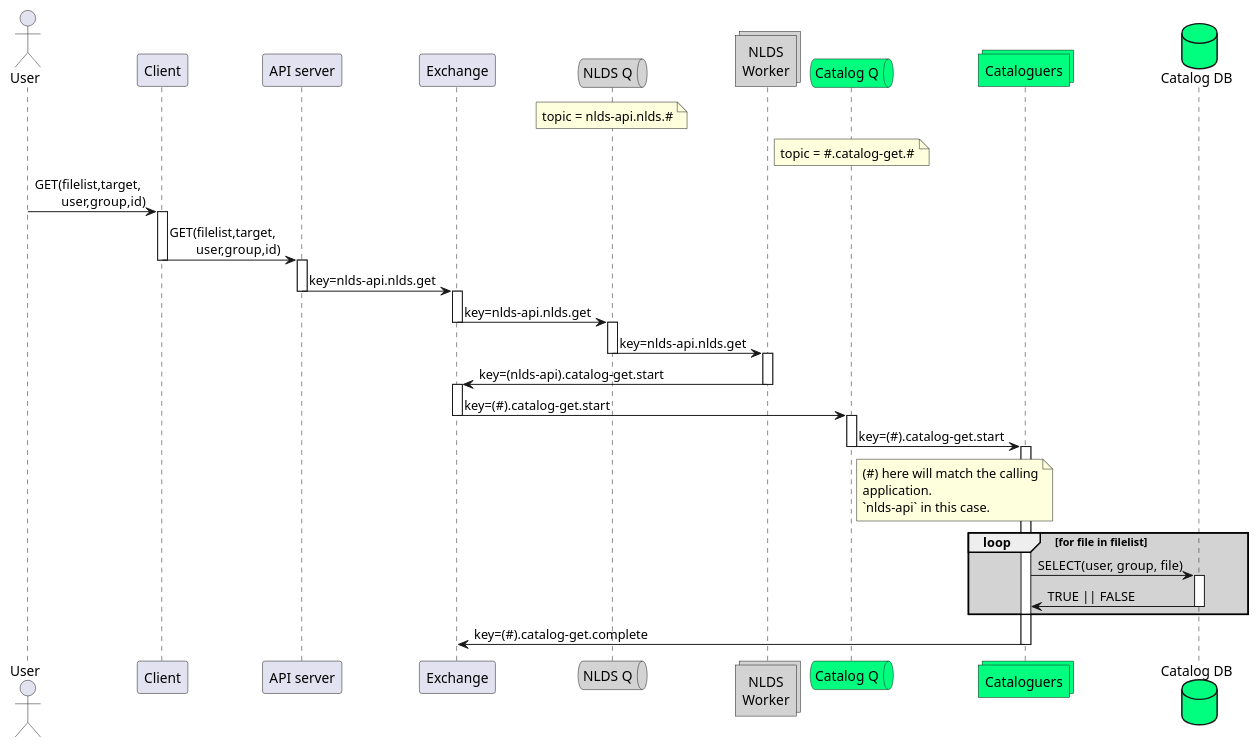
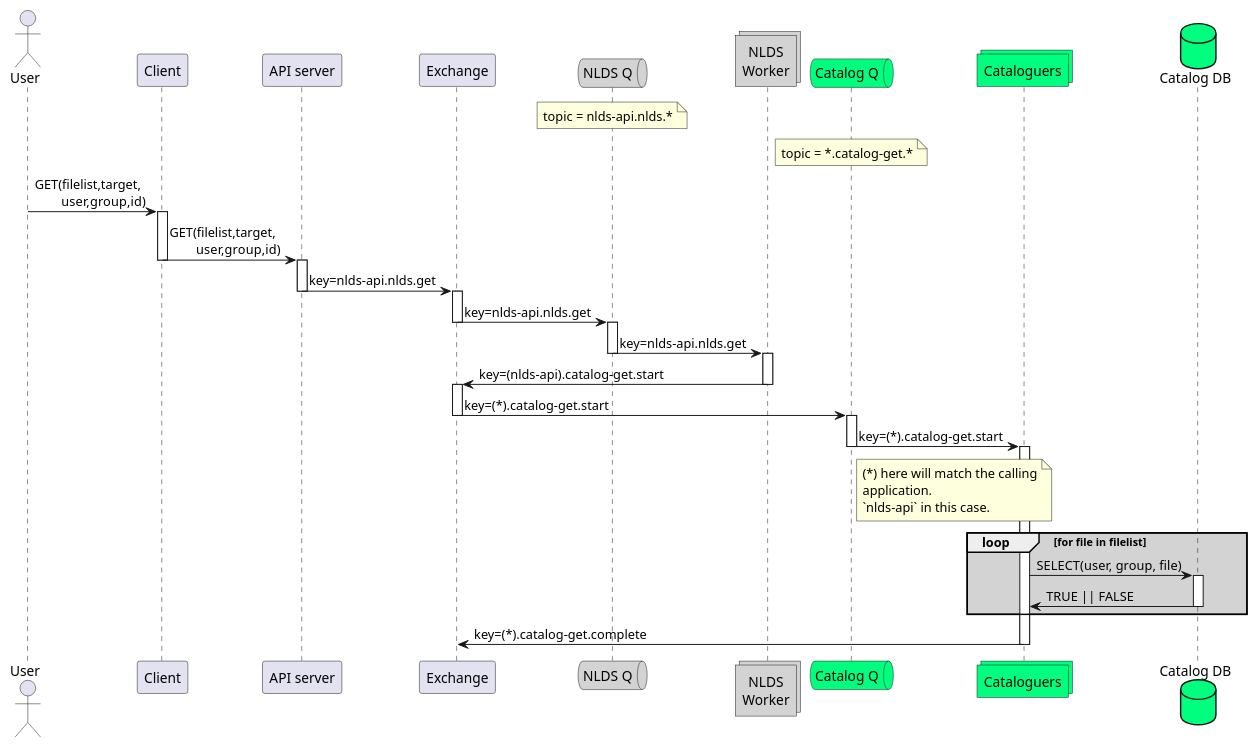
Before and after one commit to cedadev/nlds: the diagram in docs/spec/uml/message_flow_get1.puml, drawn with PlantUML. The commit also changed 13 other files, not shown here.

```diff
--- a/docs/spec/uml/message_flow_get1.puml
+++ b/docs/spec/uml/message_flow_get1.puml
@@ -1,65 +1,65 @@
 @startuml message_flow_get1
 
 actor user as "User"
 participant client as "Client"
 participant server as "API server"
 participant wex as "Exchange"
 
 queue qw as "NLDS Q" #lightgrey
 note over qw
-    topic = nlds-api.nlds.#
+    topic = nlds-api.nlds.*
 end note
 collections work as "NLDS\nWorker" #lightgrey
 
 queue qc as "Catalog Q" #springgreen
 collections catalog_get as "Cataloguers" #springgreen
 database catalog_db as "Catalog DB" #springgreen
 note over qc
-    topic = #.catalog-get.#
+    topic = *.catalog-get.*
 end note
 
 user -> client : GET(filelist,target,\n\tuser,group,id)
 
 activate client
 client -> server : GET(filelist,target,\n\tuser,group,id)
 deactivate client
 
 activate server
 server -> wex : key=nlds-api.nlds.get
 deactivate server
 
 activate wex
 wex -> qw : key=nlds-api.nlds.get
 deactivate wex
 
 activate qw
 qw -> work : key=nlds-api.nlds.get
 deactivate qw
 
 activate work
 work -> wex : key=(nlds-api).catalog-get.start
 deactivate work
 
 activate wex
-wex -> qc : key=(#).catalog-get.start
+wex -> qc : key=(*).catalog-get.start
 deactivate wex
 
 activate qc
-qc -> catalog_get : key=(#).catalog-get.start
+qc -> catalog_get : key=(*).catalog-get.start
 deactivate qc
 note right of qc
-    (#) here will match the calling
+    (*) here will match the calling
     application.
     `nlds-api` in this case.
 end note
 activate catalog_get
 loop #lightgrey for file in filelist 
     catalog_get -> catalog_db : SELECT(user, group, file)
     activate catalog_db
     catalog_db -> catalog_get : TRUE || FALSE
     deactivate catalog_db
 end
-catalog_get -> wex : key=(#).catalog-get.complete
+catalog_get -> wex : key=(*).catalog-get.complete
 deactivate catalog_get
 
 @enduml
```
